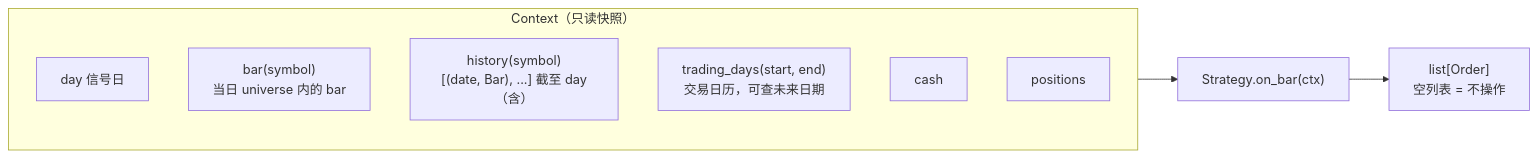
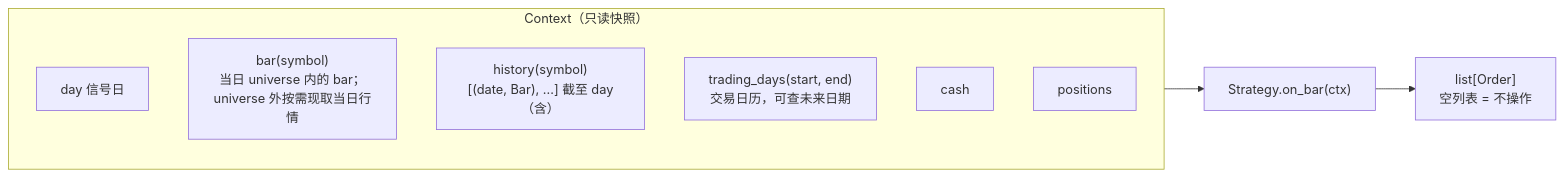
Before and after one commit to guevara12345/quant: diagram 19 of 27 in docs/code-walkthrough.md, drawn with Mermaid. The commit also changed other lines of this file and 16 other files, not shown here.

````diff
--- a/docs/code-walkthrough.md
+++ b/docs/code-walkthrough.md
@@ -901,13 +920,13 @@
 ```mermaid
 flowchart LR
     subgraph Context["Context（只读快照）"]
         D[day 信号日]
-        B["bar(symbol)<br/>当日 universe 内的 bar"]
+        B["bar(symbol)<br/>当日 universe 内的 bar；<br/>universe 外按需现取当日行情"]
         H["history(symbol)<br/>[(date, Bar), ...] 截至 day（含）"]
         TD["trading_days(start, end)<br/>交易日历，可查未来日期"]
         CA[cash]
         PO[positions]
     end
     Context --> OB["Strategy.on_bar(ctx)"]
     OB --> L["list[Order]<br/>空列表 = 不操作"]
 ```
````
